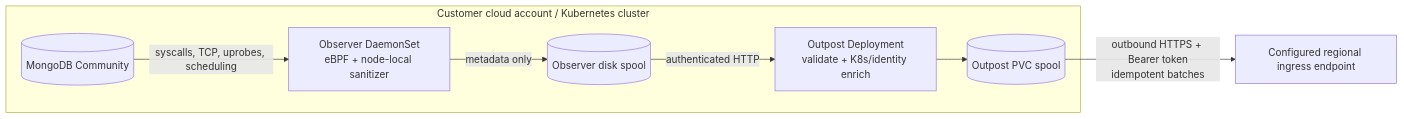
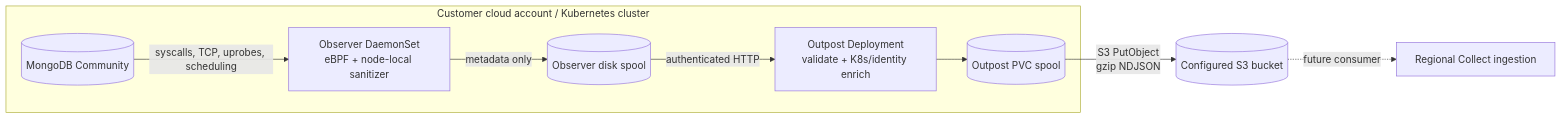
Before and after one commit to theroverhq/mongodb-dam: the diagram in README.md, drawn with Mermaid. The commit also changed other lines of this file and 40 other files, not shown here.

````diff
--- a/README.md
+++ b/README.md
@@ -7,13 +7,14 @@
 ```mermaid
 flowchart LR
     subgraph CA[Customer cloud account / Kubernetes cluster]
         M[(MongoDB Community)]
         O[Observer DaemonSet<br/>eBPF + node-local sanitizer]
         Q[(Observer disk spool)]
         P[Outpost Deployment<br/>validate + K8s/identity enrich]
         S[(Outpost PVC spool)]
         M -->|syscalls, TCP, uprobes, scheduling| O
         O -->|metadata only| Q -->|authenticated HTTP| P --> S
     end
-    S -->|outbound HTTPS + Bearer token<br/>idempotent batches| C[Configured regional ingress endpoint]
+    S -->|S3 PutObject<br/>gzip NDJSON| B[(Configured S3 bucket)]
+    B -. future consumer .-> C[Regional Collect ingestion]
 ```
````
